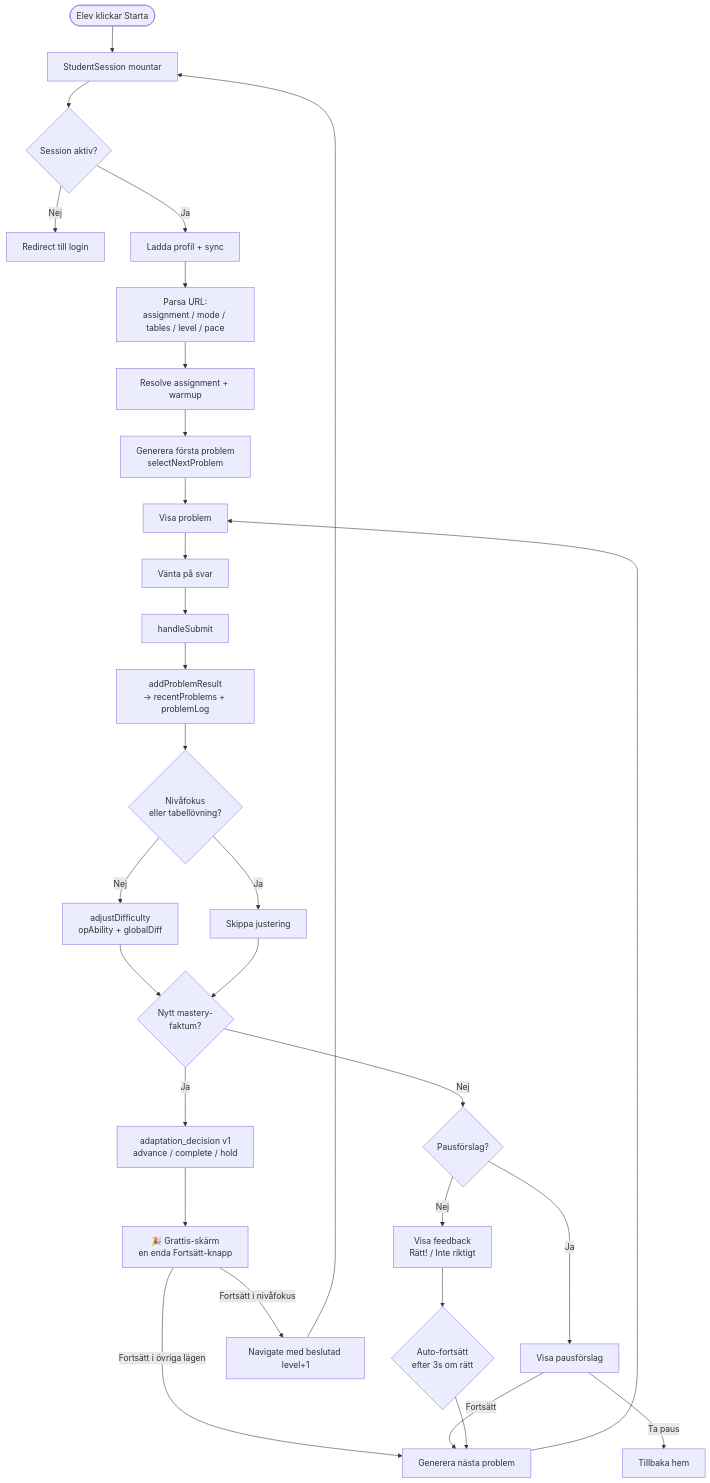
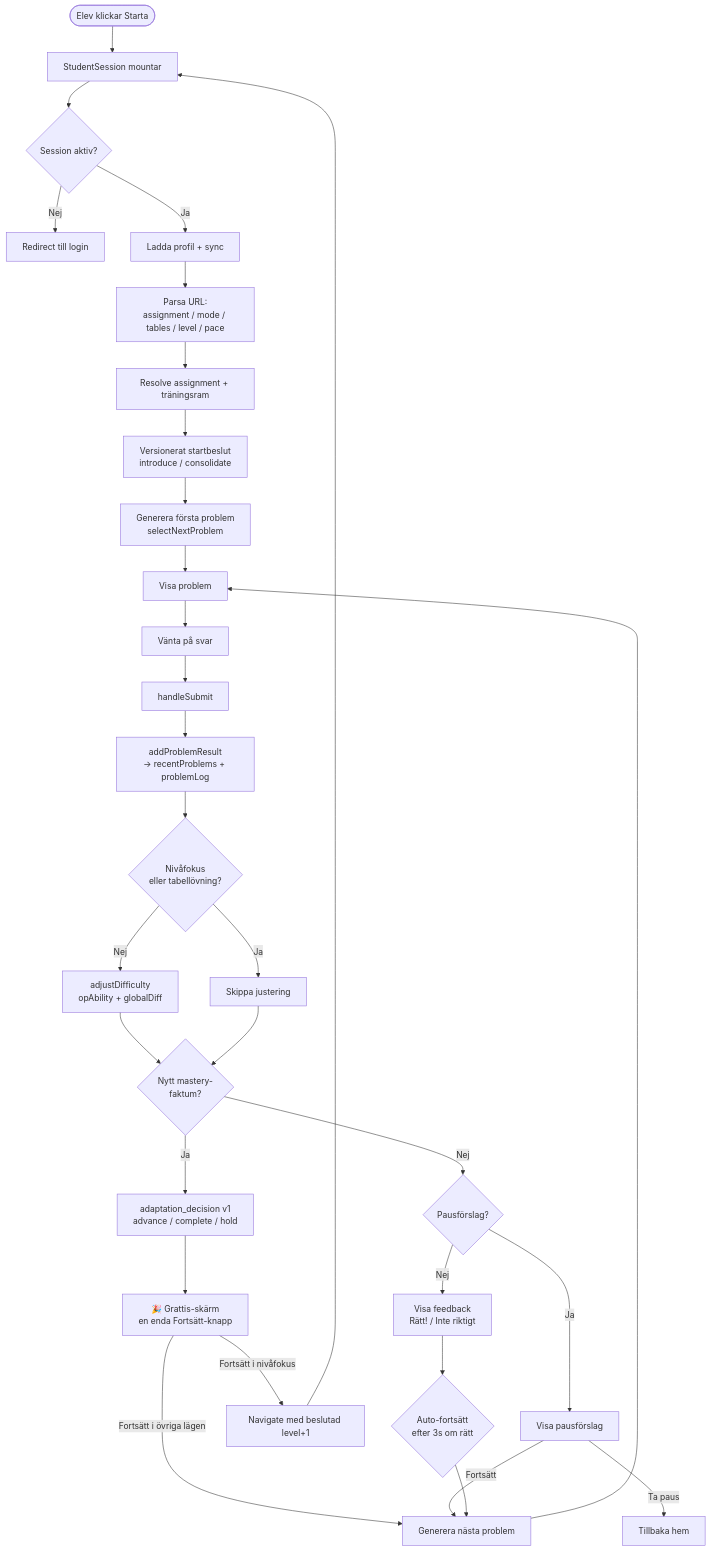
Diagram 11 of 13 in docs/data-flow.md (ximonse/sequential_math), drawn with Mermaid before and after one commit. The commit also changed other lines of this file and 17 other files, not shown here.

````diff
--- a/docs/data-flow.md
+++ b/docs/data-flow.md
@@ -498,38 +503,39 @@
 ```mermaid
 flowchart TD
     Click([Elev klickar Starta]) --> Mount[StudentSession mountar]
     Mount --> Auth{Session aktiv?}
     Auth -->|Nej| Redirect[Redirect till login]
     Auth -->|Ja| Load[Ladda profil + sync]
     Load --> ParseParams[Parsa URL:<br/>assignment / mode / tables / level / pace]
-    ParseParams --> ResolveMeta[Resolve assignment + warmup]
+    ParseParams --> ResolveMeta[Resolve assignment + träningsram]
 
-    ResolveMeta --> GenFirst[Generera första problem<br/>selectNextProblem]
+    ResolveMeta --> StartDecision[Versionerat startbeslut<br/>introduce / consolidate]
+    StartDecision --> GenFirst[Generera första problem<br/>selectNextProblem]
     GenFirst --> Display[Visa problem]
 
     Display --> Wait[Vänta på svar]
     Wait --> Submit[handleSubmit]
 
     Submit --> Record[addProblemResult<br/>→ recentProblems + problemLog]
     Record --> Adjust{Nivåfokus<br/>eller tabellövning?}
     Adjust -->|Nej| AdjustDiff[adjustDifficulty<br/>opAbility + globalDiff]
     Adjust -->|Ja| SkipAdjust[Skippa justering]
 
     AdjustDiff & SkipAdjust --> CheckMastery{Nytt mastery-<br/>faktum?}
     CheckMastery -->|Ja| Decide[adaptation_decision v1<br/>advance / complete / hold]
     Decide --> Celebrate[🎉 Grattis-skärm<br/>en enda Fortsätt-knapp]
     CheckMastery -->|Nej| CheckBreak{Pausförslag?}
     CheckBreak -->|Ja| Break[Visa pausförslag]
     CheckBreak -->|Nej| Feedback[Visa feedback<br/>Rätt! / Inte riktigt]
 
     Celebrate -->|Fortsätt i nivåfokus| Navigate[Navigate med beslutad level+1]
     Celebrate -->|Fortsätt i övriga lägen| GenNext
     Break -->|Ta paus| Home[Tillbaka hem]
     Break -->|Fortsätt| GenNext
 
     Feedback --> AutoCont{Auto-fortsätt<br/>efter 3s om rätt}
     AutoCont --> GenNext[Generera nästa problem]
     GenNext --> Display
 
     Navigate --> Mount
 ```
````
